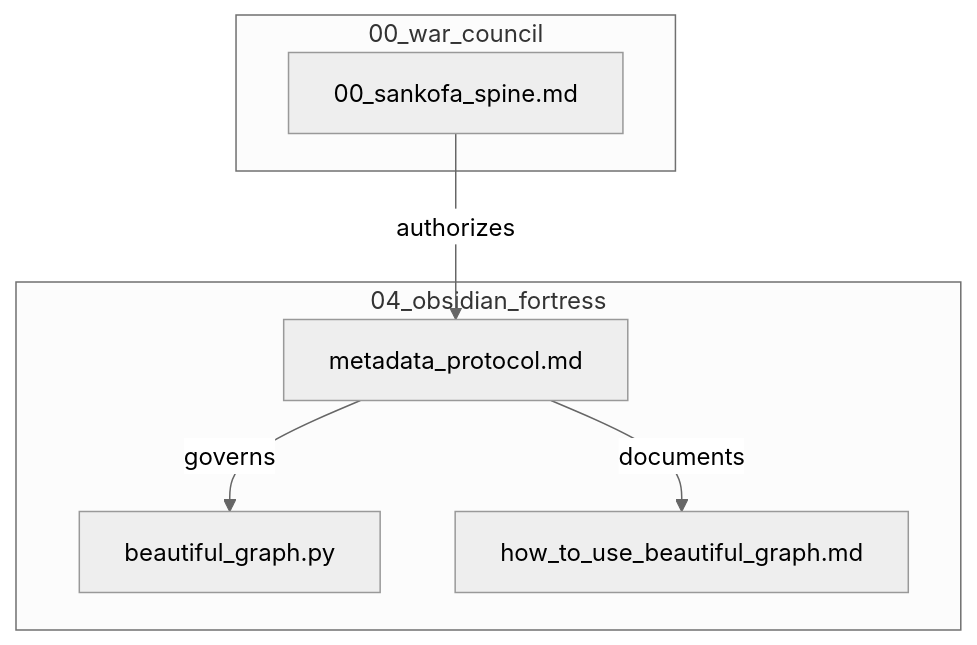
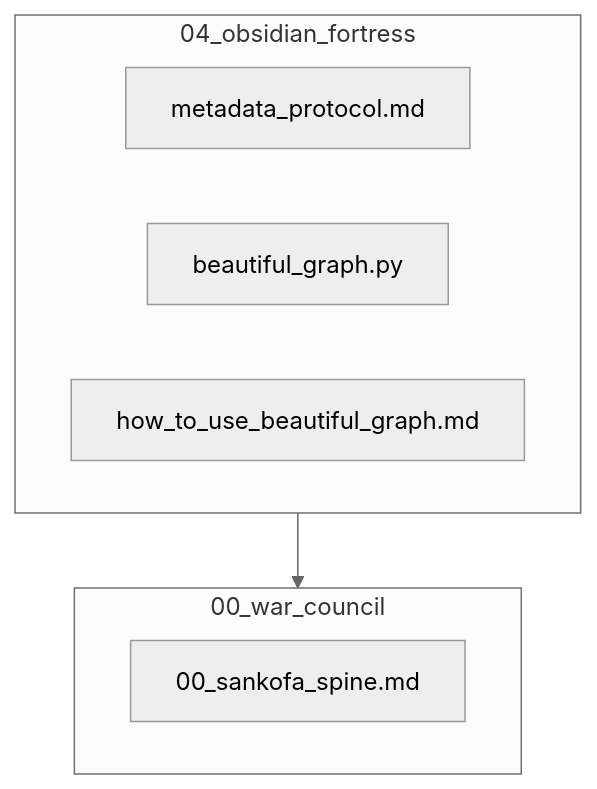
Before and after one commit to digitalscorpyun/anacostia-vault: the second of 2 diagrams in metadata_protocol/metadata_protocol.md, drawn with Mermaid (neutral theme). The commit also changed other lines of this file and 431 other files, not shown here.

````diff
--- a/metadata_protocol/metadata_protocol.md
+++ b/metadata_protocol/metadata_protocol.md
@@ -53,14 +62,12 @@
 ```mermaid
 flowchart TD
-    subgraph VAULT_OPS["04_obsidian_fortress"]
+    subgraph vault_ops["04_obsidian_fortress"]
         META["metadata_protocol.md"]
         BEAUTY["beautiful_graph.py"]
         HOWTO["how_to_use_beautiful_graph.md"]
     end
-    subgraph WAR_ROOM["00_war_council"]
+    subgraph war_room["00_war_council"]
         SPINE["00_sankofa_spine.md"]
     end
-    META -->|governs| BEAUTY
-    META -->|documents| HOWTO
-    SPINE -->|authorizes| META
+    vault_ops --> war_room
 ```
````
